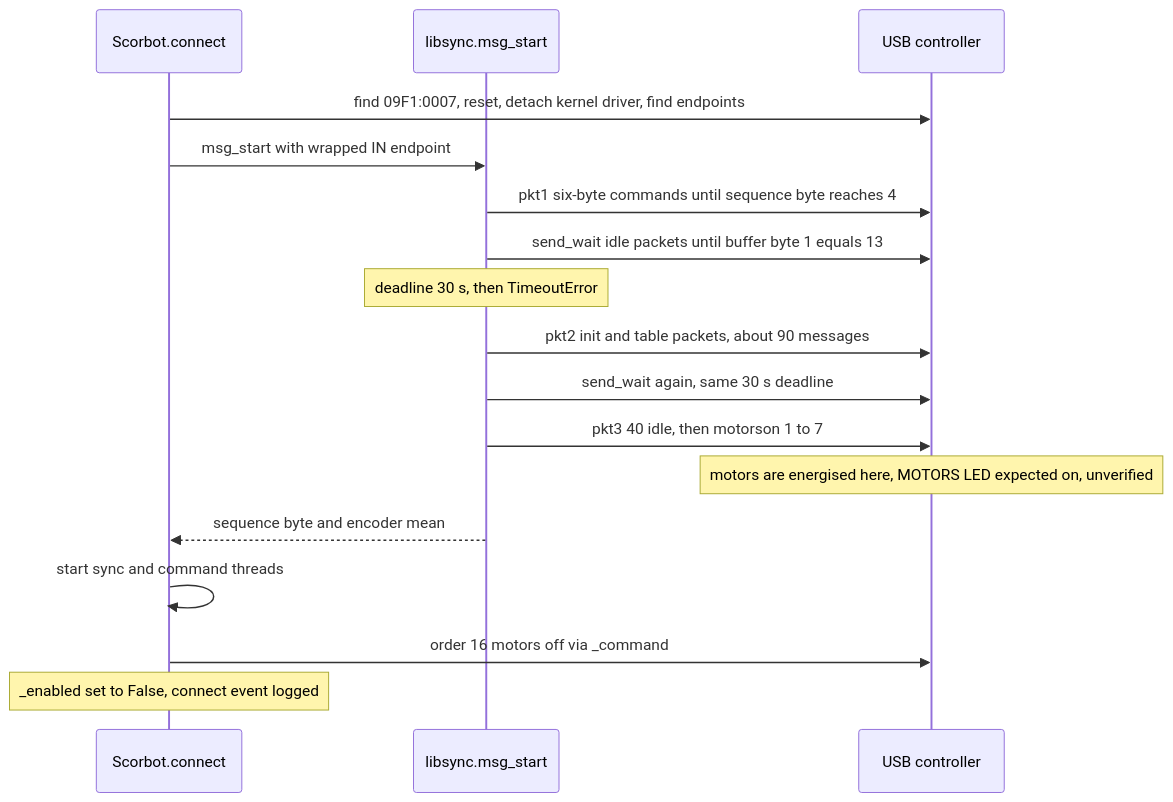
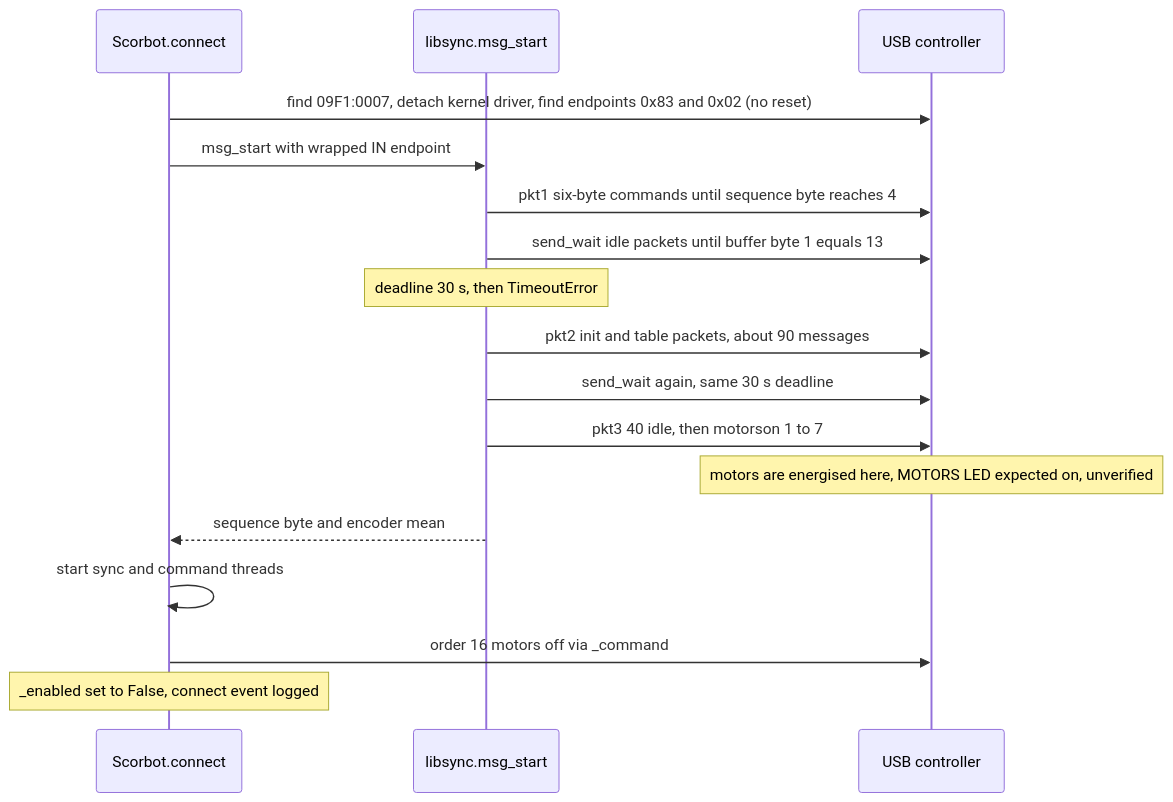
The fifth of 5 diagrams in docs/design/ARCHITECTURE.md (Sebastianr8243/scorbot-er4u-python), drawn with Mermaid before and after one commit. The commit also changed 1 other file, not shown here.

Commit message:
Docs: connect no longer resets the port and pins endpoints 0x83/0x02
PROTOCOL.md and ARCHITECTURE.md still described the old reset and first-match endpoint selection.

````diff
--- a/docs/design/ARCHITECTURE.md
+++ b/docs/design/ARCHITECTURE.md
@@ -217,19 +217,19 @@
 ```mermaid
 sequenceDiagram
     participant F as Scorbot.connect
     participant M as libsync.msg_start
     participant U as USB controller
-    F->>U: find 09F1:0007, reset, detach kernel driver, find endpoints
+    F->>U: find 09F1:0007, detach kernel driver, find endpoints 0x83 and 0x02 (no reset)
     F->>M: msg_start with wrapped IN endpoint
     M->>U: pkt1 six-byte commands until sequence byte reaches 4
     M->>U: send_wait idle packets until buffer byte 1 equals 13
     Note over M: deadline 30 s, then TimeoutError
     M->>U: pkt2 init and table packets, about 90 messages
     M->>U: send_wait again, same 30 s deadline
     M->>U: pkt3 40 idle, then motorson 1 to 7
     Note over U: motors are energised here, MOTORS LED expected on, unverified
     M-->>F: sequence byte and encoder mean
     F->>F: start sync and command threads
     F->>U: order 16 motors off via _command
     Note over F: _enabled set to False, connect event logged
 ```
````
